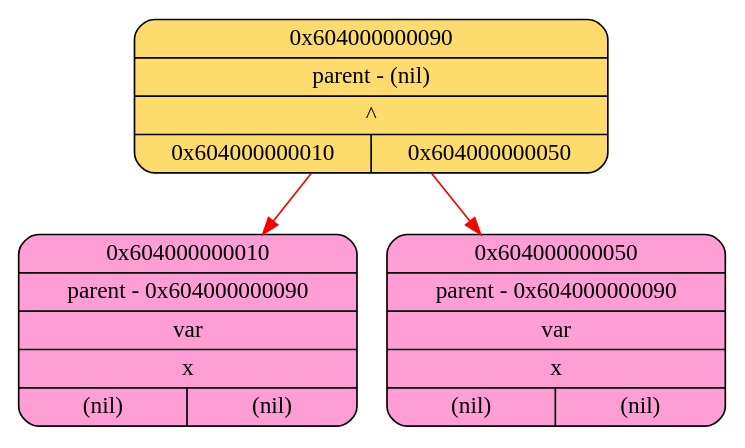
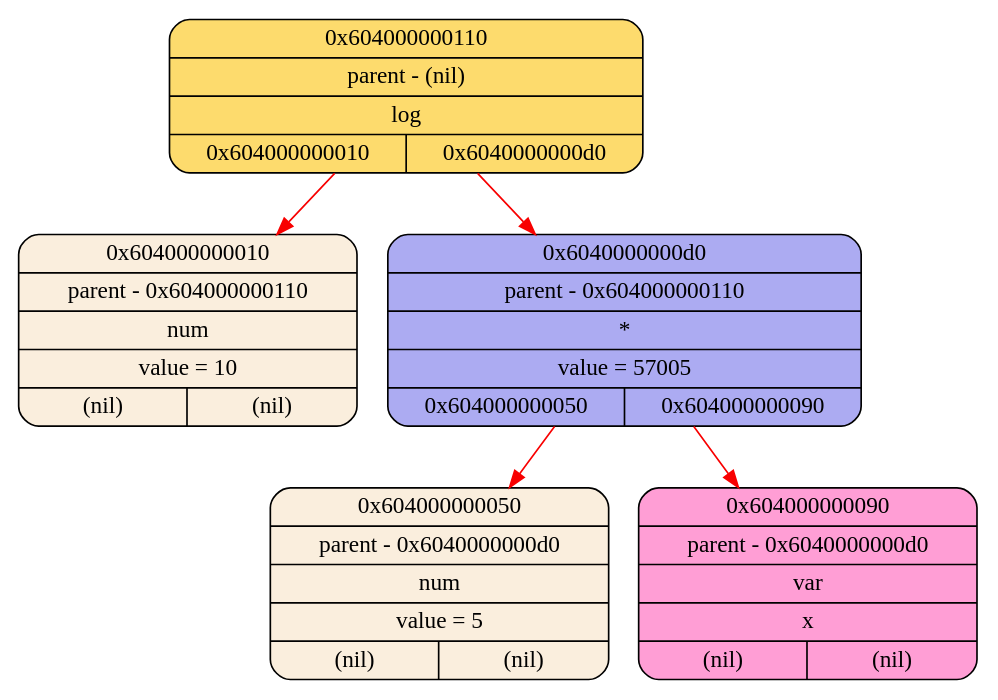
One commit to 2APetrin/differentiator changed the diagram in logs/log_graphviz.dot. Above: the diagram before and after it, drawn with Graphviz. The commit also changed 16 other files, not shown here.

```diff
--- a/logs/log_graphviz.dot
+++ b/logs/log_graphviz.dot
@@ -1,8 +1,12 @@
 digraph
 {
-    node_0x604000000010[shape = Mrecord, label = "{{0x604000000010} | {parent - 0x604000000090} | {var} | {x} | {(nil)|(nil)}}", style = "filled", fillcolor = "#FF9ED5"];
-    node_0x604000000050[shape = Mrecord, label = "{{0x604000000050} | {parent - 0x604000000090} | {var} | {x} | {(nil)|(nil)}}", style = "filled", fillcolor = "#FF9ED5"];
-    node_0x604000000090[shape = Mrecord, label = "{{0x604000000090} | {parent - (nil)} | {^} | {0x604000000010|0x604000000050}}", style = "filled", fillcolor = "#FDDB6D"];
-    node_0x604000000090->node_0x604000000010 [color = "#F80000"];
-    node_0x604000000090->node_0x604000000050 [color = "#F80000"];
+    node_0x604000000010[shape = Mrecord, label = "{{0x604000000010} | {parent - 0x604000000110} | {num} | {value = 10} | {(nil)|(nil)}}", style = "filled", fillcolor = "#FAEEDD"];
+    node_0x604000000050[shape = Mrecord, label = "{{0x604000000050} | {parent - 0x6040000000d0} | {num} | {value = 5} | {(nil)|(nil)}}", style = "filled", fillcolor = "#FAEEDD"];
+    node_0x604000000090[shape = Mrecord, label = "{{0x604000000090} | {parent - 0x6040000000d0} | {var} | {x} | {(nil)|(nil)}}", style = "filled", fillcolor = "#FF9ED5"];
+    node_0x6040000000d0[shape = Mrecord, label = "{{0x6040000000d0} | {parent - 0x604000000110} | {*} | {value = 57005} | {0x604000000050|0x604000000090}}", style = "filled", fillcolor = "#ACABF2"];
+    node_0x604000000110[shape = Mrecord, label = "{{0x604000000110} | {parent - (nil)} | {log} | {0x604000000010|0x6040000000d0}}", style = "filled", fillcolor = "#FDDB6D"];
+    node_0x604000000110->node_0x604000000010 [color = "#F80000"];
+    node_0x604000000110->node_0x6040000000d0 [color = "#F80000"];
+    node_0x6040000000d0->node_0x604000000050 [color = "#F80000"];
+    node_0x6040000000d0->node_0x604000000090 [color = "#F80000"];
 }
```
